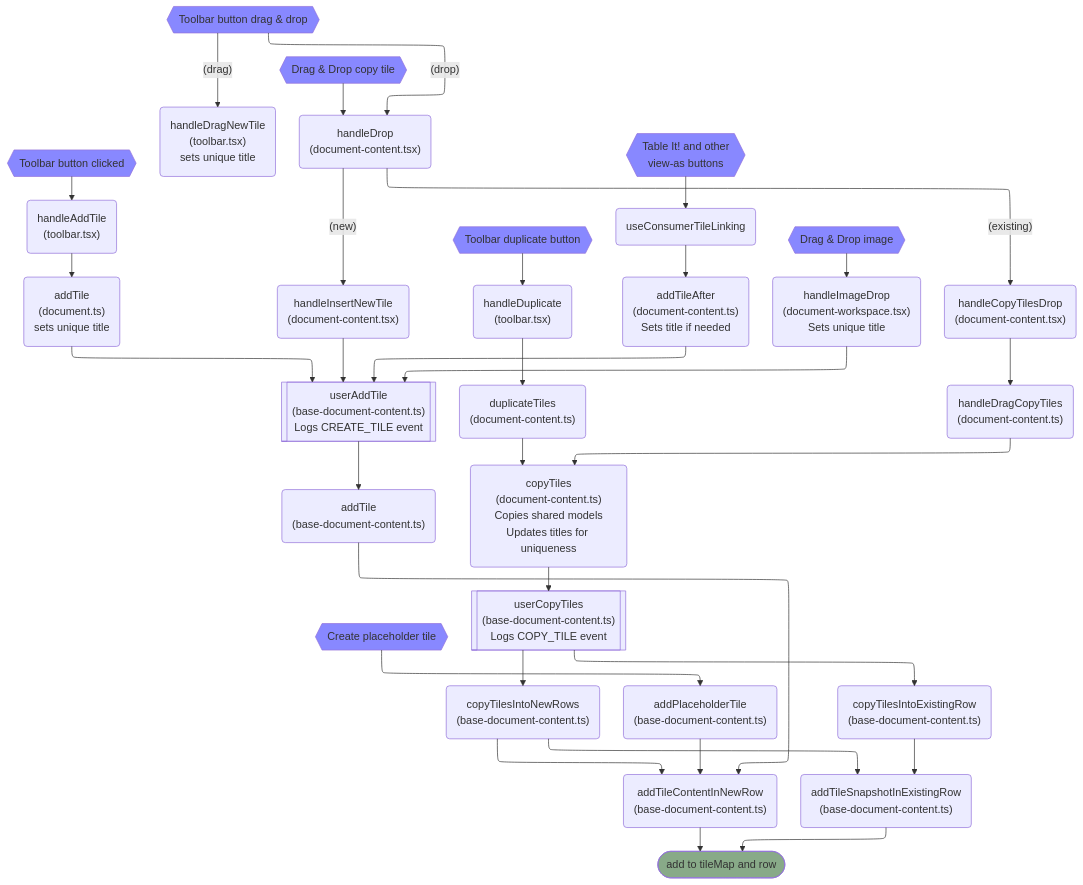
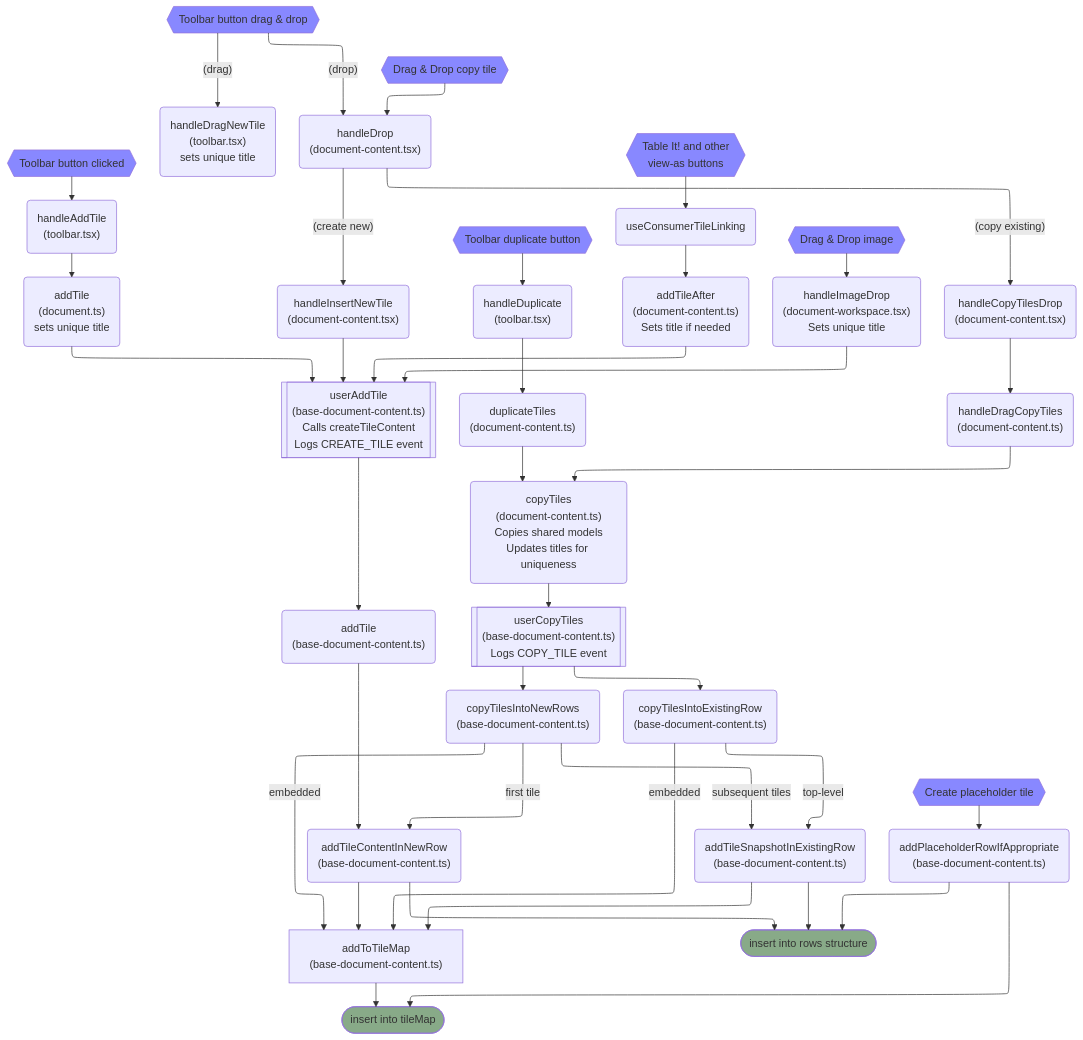
Before and after one commit to concord-consortium/collaborative-learning: the diagram in docs/tile-creation.md, drawn with Mermaid. The commit also changed other lines of this file and 5 other files, not shown here.

````diff
--- a/docs/tile-creation.md
+++ b/docs/tile-creation.md
@@ -5,69 +5,82 @@
 ```mermaid
 flowchart TD
 %%{init: {"flowchart": {"defaultRenderer": "elk"}} }%%
 
 toolbarClick{{"Toolbar button clicked"}}
-TBhandleAddTile("handleAddTile\n(toolbar.tsx)")
-DaddTile("addTile\n(document.ts)\nsets unique title")
-BDCuserAddTile[["userAddTile\n(base-document-content.ts)\nLogs CREATE_TILE event"]]
-BDCaddTile("addTile\n(base-document-content.ts)")
+TBhandleAddTile("handleAddTile<br/>(toolbar.tsx)")
+DaddTile("addTile<br/>(document.ts)<br/>sets unique title")
+BDCuserAddTile[["userAddTile<br/>(base-document-content.ts)<br/>Calls createTileContent<br/>Logs CREATE_TILE event"]]
+BDCaddTile("addTile<br/>(base-document-content.ts)")
 
-toolbarClick --> TBhandleAddTile --> DaddTile --> BDCuserAddTile --> BDCaddTile --> BDCaddTileContentInNewRow
+toolbarClick --> TBhandleAddTile --> DaddTile --> BDCuserAddTile
+
+BDCuserAddTile --> BDCaddTile --> BDCaddTileContentInNewRow
 
 toolbarDrag{{"Toolbar button drag & drop"}}
-ThandleDragNewTile("handleDragNewTile\n(toolbar.tsx)\nsets unique title")
-DChandleDrop("handleDrop\n(document-content.tsx)")
-DChandleInsertNewTile("handleInsertNewTile\n(document-content.tsx)")
+ThandleDragNewTile("handleDragNewTile<br/>(toolbar.tsx)<br/>sets unique title")
+DChandleDrop("handleDrop<br/>(document-content.tsx)")
+DChandleInsertNewTile("handleInsertNewTile<br/>(document-content.tsx)")
 
 toolbarDrag -- (drag) --> ThandleDragNewTile
-toolbarDrag -- (drop) --> DChandleDrop -- (new) --> DChandleInsertNewTile --> BDCuserAddTile
+toolbarDrag -- (drop) --> DChandleDrop -- (create new) --> DChandleInsertNewTile --> BDCuserAddTile
 
 toolbarDuplicate{{Toolbar duplicate button}}
-ThandleDuplicate("handleDuplicate\n(toolbar.tsx)")
-DCduplicateTiles("duplicateTiles\n(document-content.ts)")
-DCcopyTiles("copyTiles\n(document-content.ts)\nCopies shared models\nUpdates titles for uniqueness")
-BDCcopyTilesIntoNewRows("copyTilesIntoNewRows\n(base-document-content.ts)")
+ThandleDuplicate("handleDuplicate<br/>(toolbar.tsx)")
+DCduplicateTiles("duplicateTiles<br/>(document-content.ts)")
+DCcopyTiles("copyTiles<br/>(document-content.ts)<br/>Copies shared models<br/>Updates titles for uniqueness")
+BDCcopyTilesIntoNewRows("copyTilesIntoNewRows<br/>(base-document-content.ts)")
 
 toolbarDuplicate --> ThandleDuplicate --> DCduplicateTiles --> DCcopyTiles
-BDCcopyTilesIntoNewRows --> BDCaddTileContentInNewRow
+BDCcopyTilesIntoNewRows --> |first tile|BDCaddTileContentInNewRow
+BDCcopyTilesIntoNewRows --> |subsequent tiles| BDCaddTileSnapshotInExistingRow
+BDCcopyTilesIntoNewRows --> |embedded| BDCaddToTileMap
 
-tableIt{{"Table It! and other\nview-as buttons"}}
+tableIt{{"Table It! and other<br/>view-as buttons"}}
 useConsumerTileLinking("useConsumerTileLinking")
-DCaddTileAfter("addTileAfter\n(document-content.ts)\nSets title if needed")
+DCaddTileAfter("addTileAfter<br/>(document-content.ts)<br/>Sets title if needed")
 
 tableIt --> useConsumerTileLinking --> DCaddTileAfter --> BDCuserAddTile
 
-placeholder{{"Create placeholder tile"}}
-BDCaddPlaceholderTile("addPlaceholderTile\n(base-document-content.ts)")
-placeholder --> BDCaddPlaceholderTile --> BDCaddTileContentInNewRow
+placeholder{{"Create placeholder tile"}} -->
+BDCaddPlaceholderRowIfAppropriate("addPlaceholderRowIfAppropriate<br/>(base-document-content.ts)")
+BDCaddPlaceholderRowIfAppropriate --> insert
 
 dragImage{{"Drag & Drop image"}}
-DWhandleImageDrop("handleImageDrop\n(document-workspace.tsx)\nSets unique title")
+DWhandleImageDrop("handleImageDrop<br/>(document-workspace.tsx)<br/>Sets unique title")
 dragImage --> DWhandleImageDrop --> BDCuserAddTile
 
 dragTile{{"Drag & Drop copy tile"}}
-DChandleDrop("handleDrop\n(document-content.tsx)")
-DChandleCopyTilesDrop("handleCopyTilesDrop\n(document-content.tsx)")
-DChandleDragCopyTiles("handleDragCopyTiles\n(document-content.ts)")
-BDCuserCopyTiles[["userCopyTiles\n(base-document-content.ts)\nLogs COPY_TILE event"]]
-BDCcopyTilesIntoExistingRow("copyTilesIntoExistingRow\n(base-document-content.ts)")
+DChandleDrop("handleDrop<br/>(document-content.tsx)")
+DChandleCopyTilesDrop("handleCopyTilesDrop<br/>(document-content.tsx)")
+DChandleDragCopyTiles("handleDragCopyTiles<br/>(document-content.ts)")
+BDCuserCopyTiles[["userCopyTiles<br/>(base-document-content.ts)<br/>Logs COPY_TILE event"]]
+BDCcopyTilesIntoExistingRow("copyTilesIntoExistingRow<br/>(base-document-content.ts)")
+BDCcopyTilesIntoExistingRow --> |embedded| BDCaddToTileMap
+BDCcopyTilesIntoExistingRow --> |top-level| BDCaddTileSnapshotInExistingRow
 
-dragTile --> DChandleDrop -- (existing) --> DChandleCopyTilesDrop --> DChandleDragCopyTiles --> DCcopyTiles --> BDCuserCopyTiles --> BDCcopyTilesIntoNewRows & BDCcopyTilesIntoExistingRow --> BDCaddTileSnapshotInExistingRow
+dragTile --> DChandleDrop -- (copy existing) --> DChandleCopyTilesDrop --> DChandleDragCopyTiles --> DCcopyTiles --> BDCuserCopyTiles --> BDCcopyTilesIntoNewRows & BDCcopyTilesIntoExistingRow
 
-BDCaddTileContentInNewRow("addTileContentInNewRow\n(base-document-content.ts)")
-BDCaddTileSnapshotInExistingRow("addTileSnapshotInExistingRow\n(base-document-content.ts)")
-insert([add to tileMap and row])
 
-BDCaddTileContentInNewRow & BDCaddTileSnapshotInExistingRow --> insert
+BDCaddTileContentInNewRow("addTileContentInNewRow<br/>(base-document-content.ts)")
+BDCaddTileSnapshotInExistingRow("addTileSnapshotInExistingRow<br/>(base-document-content.ts)")
+
+BDCaddToTileMap["addToTileMap<br/>(base-document-content.ts)"] --> insert
+
+BDCaddTileContentInNewRow & BDCaddTileSnapshotInExistingRow --> BDCaddToTileMap
+BDCaddTileContentInNewRow & BDCaddTileSnapshotInExistingRow & BDCaddPlaceholderRowIfAppropriate --> rowinsert
+
+insert([insert into tileMap])
+rowinsert([insert into rows structure])
 
 style insert fill:#8A8
+style rowinsert fill:#8A8
 
 style toolbarClick fill:#88F
 style toolbarDrag fill:#88F
 style toolbarDuplicate fill:#88F
 style dragImage fill:#88F
 style dragTile fill:#88F
 style tableIt fill:#88F
 style placeholder fill:#88F
 
 ```
````
